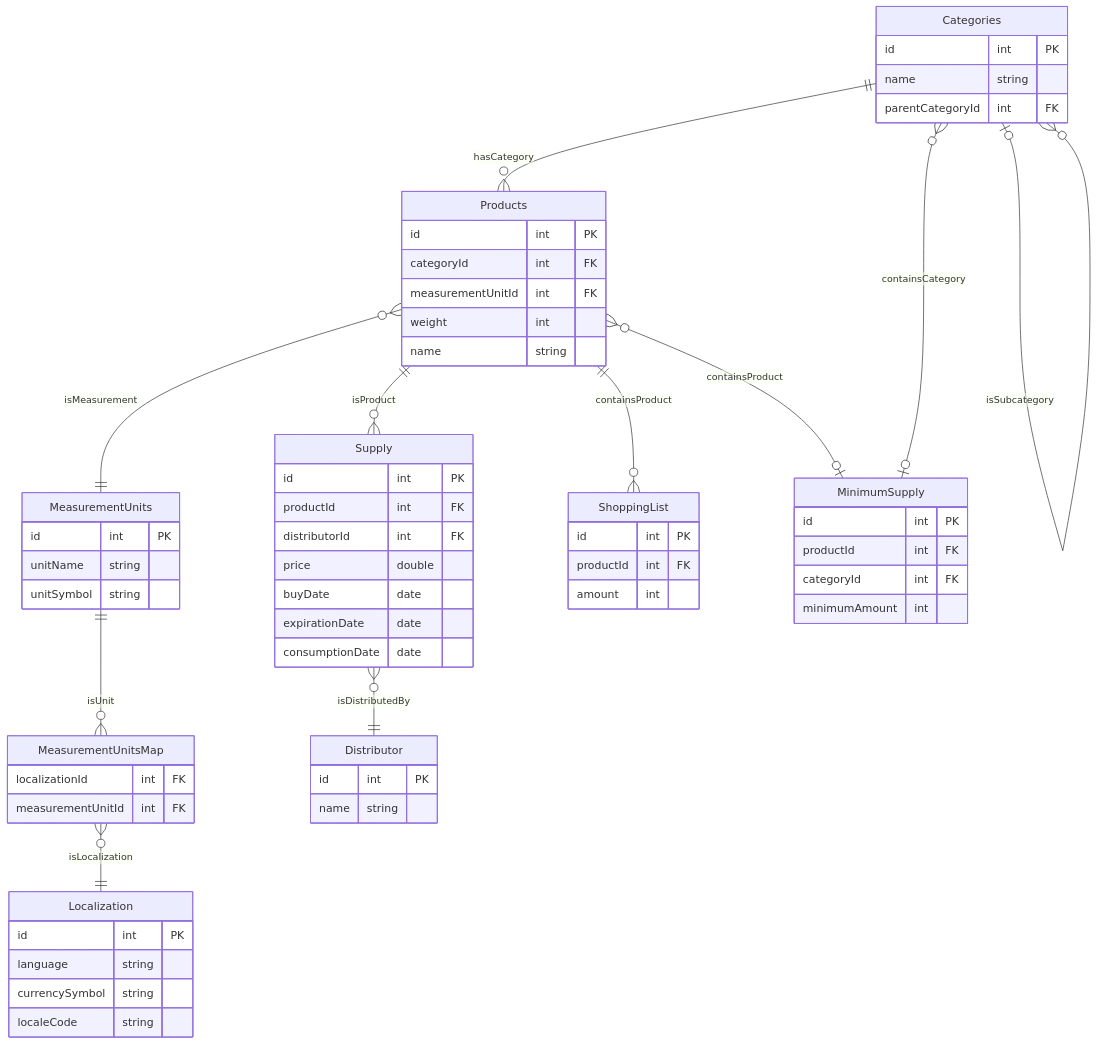
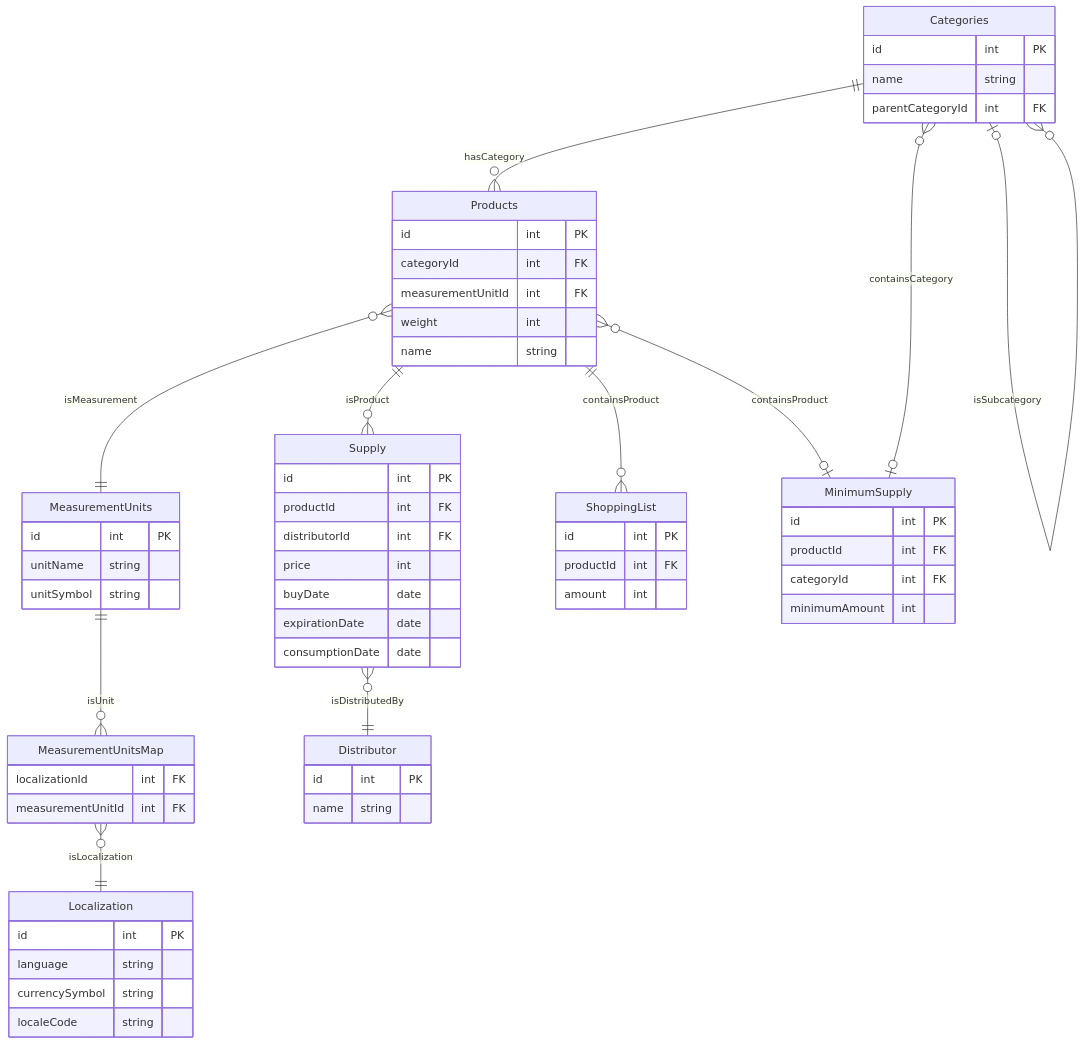
The diagram in documentation/implementation-grocery-item-tracker.md (lcov29/grocery-item-tracker), drawn with Mermaid before and after one commit.

Commit message:
update data type of attribute Supply.price

````diff
--- a/documentation/implementation-grocery-item-tracker.md
+++ b/documentation/implementation-grocery-item-tracker.md
@@ -23,64 +23,64 @@
 ```mermaid
 erDiagram
     Localization {
         id int PK
         language string
         currencySymbol string
         localeCode string
     }
     MeasurementUnits {
         id int PK
         unitName string
         unitSymbol string
     }
     MeasurementUnitsMap {
         localizationId int FK
         measurementUnitId int FK
     }
     Categories {
         id int PK
         name string
         parentCategoryId int FK
     }
     Products {
         id int PK
         categoryId int FK
         measurementUnitId int FK
         weight int
         name string
     }
     Distributor {
         id int PK
         name string
     }
     Supply {
         id int PK
         productId int FK
         distributorId int FK
-        price double
+        price int
         buyDate date
         expirationDate date
         consumptionDate date
     }
     ShoppingList {
         id int PK
         productId int FK
         amount int
     }
     MinimumSupply {
         id int PK
         productId int FK
         categoryId int FK
         minimumAmount int
     }
     Categories |o--o{ Categories : isSubcategory
     Categories ||--o{ Products : hasCategory
     Supply }o--|| Distributor: isDistributedBy
     Products ||--o{ Supply : isProduct
     Products ||--o{ ShoppingList: containsProduct
     Products }o--o| MinimumSupply : containsProduct
     Products }o--|| MeasurementUnits: isMeasurement
     MeasurementUnits ||--o{ MeasurementUnitsMap: isUnit
     MeasurementUnitsMap }o--|| Localization: isLocalization
     Categories }o--o| MinimumSupply : containsCategory
 ```
````
